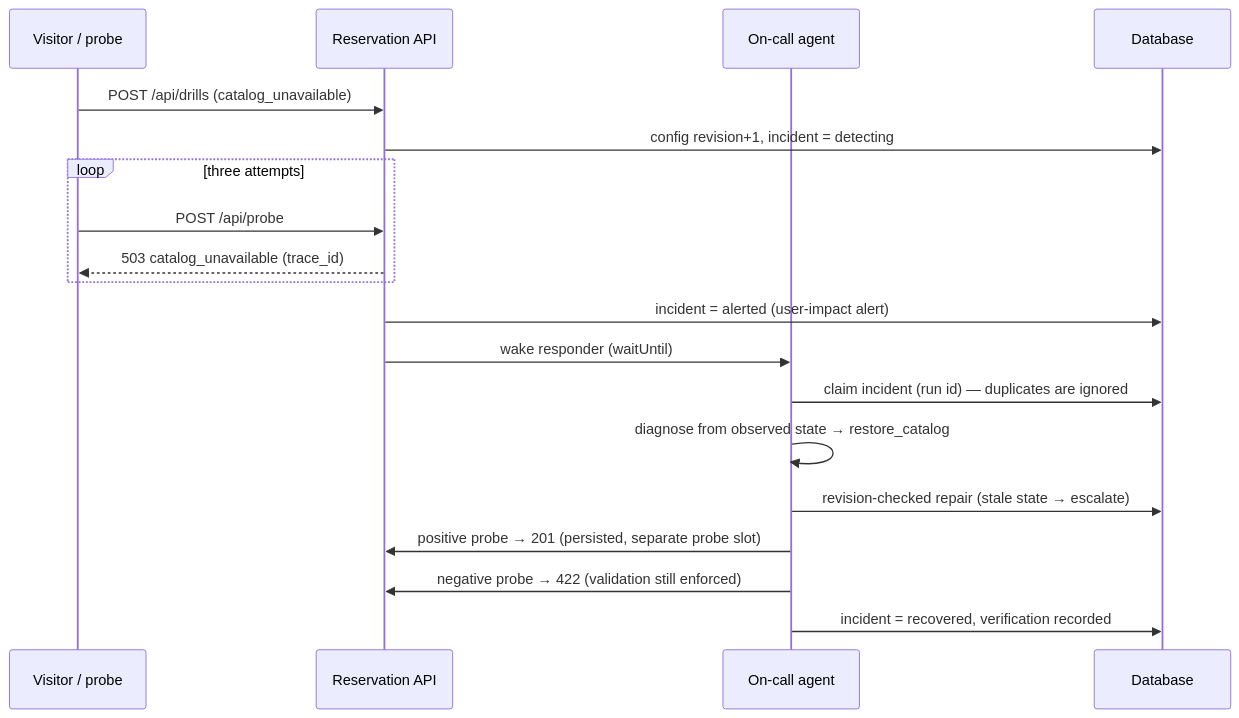
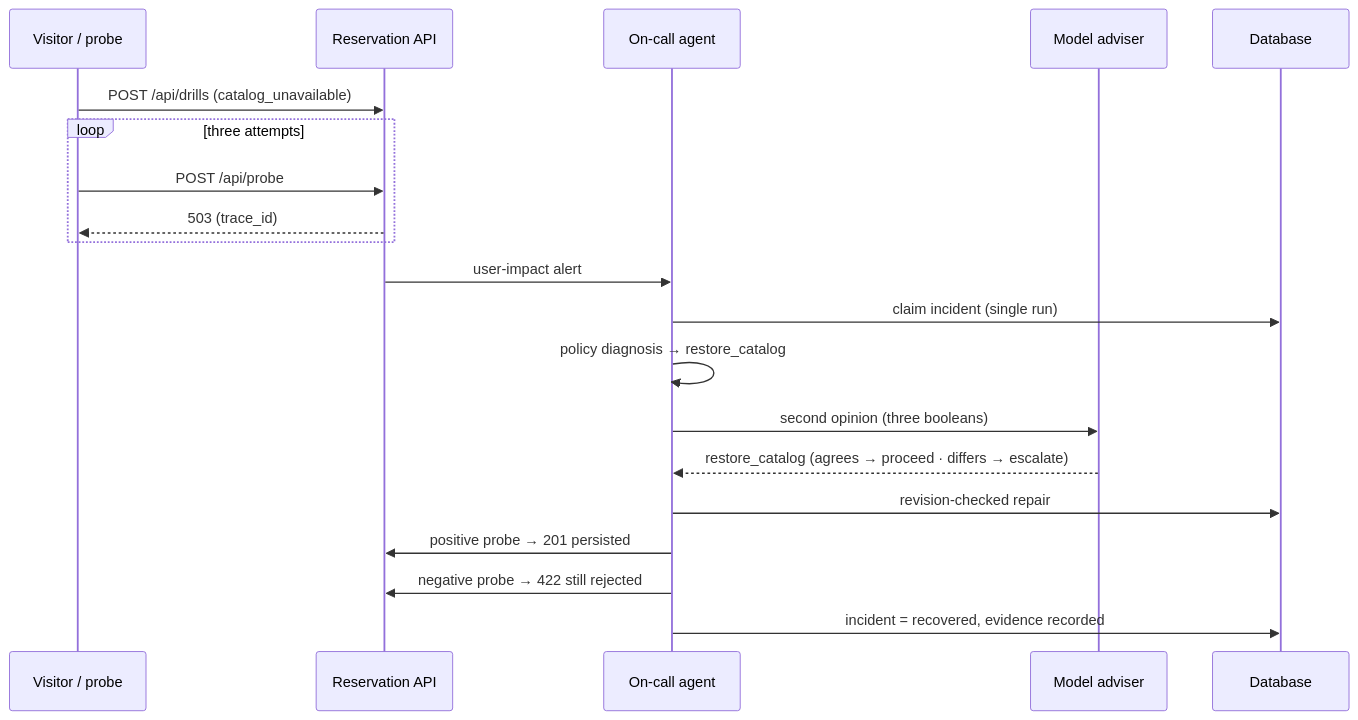
Before and after one commit to cssaritama/Service-Recovery-Lab: the second of 2 diagrams in README.md, drawn with Mermaid. The commit also changed other lines of this file and 9 other files, not shown here.

````diff
--- a/README.md
+++ b/README.md
@@ -152,21 +133,22 @@
 ```mermaid
 sequenceDiagram
   participant V as Visitor / probe
   participant API as Reservation API
   participant A as On-call agent
+  participant M as Model adviser
   participant DB as Database
   V->>API: POST /api/drills (catalog_unavailable)
-  API->>DB: config revision+1, incident = detecting
   loop three attempts
     V->>API: POST /api/probe
-    API-->>V: 503 catalog_unavailable (trace_id)
+    API-->>V: 503 (trace_id)
   end
-  API->>DB: incident = alerted (user-impact alert)
-  API->>A: wake responder (waitUntil)
-  A->>DB: claim incident (run id) — duplicates are ignored
-  A->>A: diagnose from observed state → restore_catalog
-  A->>DB: revision-checked repair (stale state → escalate)
-  A->>API: positive probe → 201 (persisted, separate probe slot)
-  A->>API: negative probe → 422 (validation still enforced)
-  A->>DB: incident = recovered, verification recorded
+  API->>A: user-impact alert
+  A->>DB: claim incident (single run)
+  A->>A: policy diagnosis → restore_catalog
+  A->>M: second opinion (three booleans)
+  M-->>A: restore_catalog (agrees → proceed · differs → escalate)
+  A->>DB: revision-checked repair
+  A->>API: positive probe → 201 persisted
+  A->>API: negative probe → 422 still rejected
+  A->>DB: incident = recovered, evidence recorded
 ```
````
